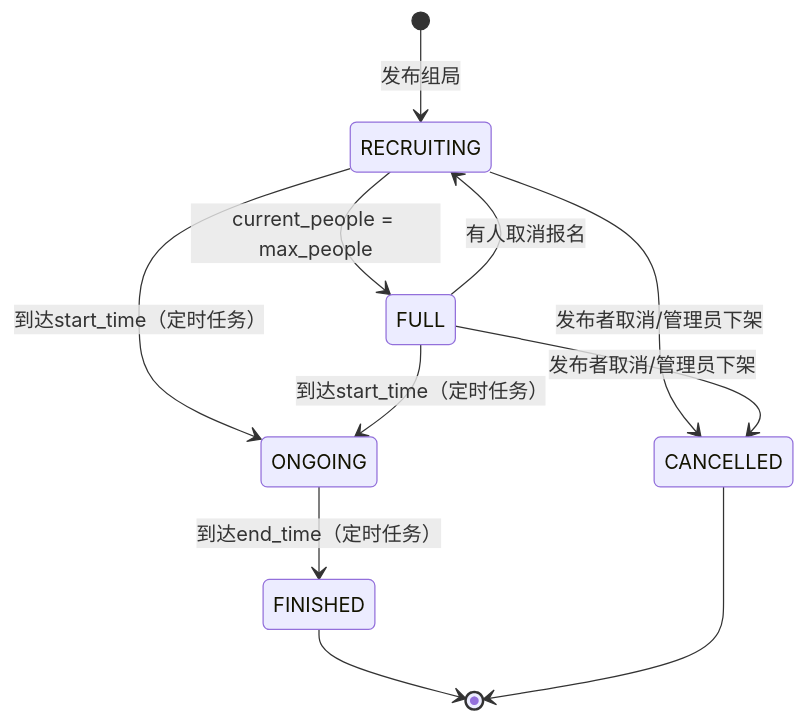
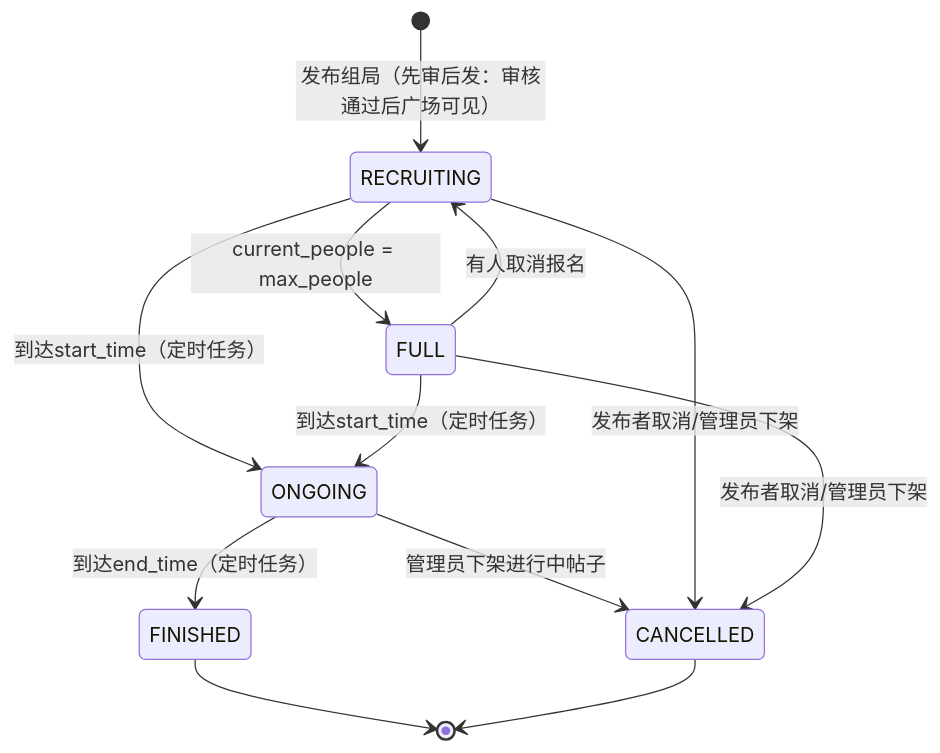
The seventh of 33 diagrams in docs/03-研发系统设计文档.md (KeepRising-l/school-buddy-system), drawn with Mermaid before and after one commit. The commit also changed other lines of this file and 23 other files, not shown here.

````diff
--- a/docs/03-研发系统设计文档.md
+++ b/docs/03-研发系统设计文档.md
@@ -369,18 +444,19 @@
 ```mermaid
 stateDiagram-v2
-    [*] --> RECRUITING : 发布组局
+    [*] --> RECRUITING : 发布组局（先审后发：审核通过后广场可见）
 
     RECRUITING --> FULL : current_people = max_people
     FULL --> RECRUITING : 有人取消报名
 
     RECRUITING --> ONGOING : 到达start_time（定时任务）
     FULL --> ONGOING : 到达start_time（定时任务）
 
     ONGOING --> FINISHED : 到达end_time（定时任务）
+    ONGOING --> CANCELLED : 管理员下架进行中帖子
 
     RECRUITING --> CANCELLED : 发布者取消/管理员下架
     FULL --> CANCELLED : 发布者取消/管理员下架
 
     FINISHED --> [*]
     CANCELLED --> [*]
 ```
````
